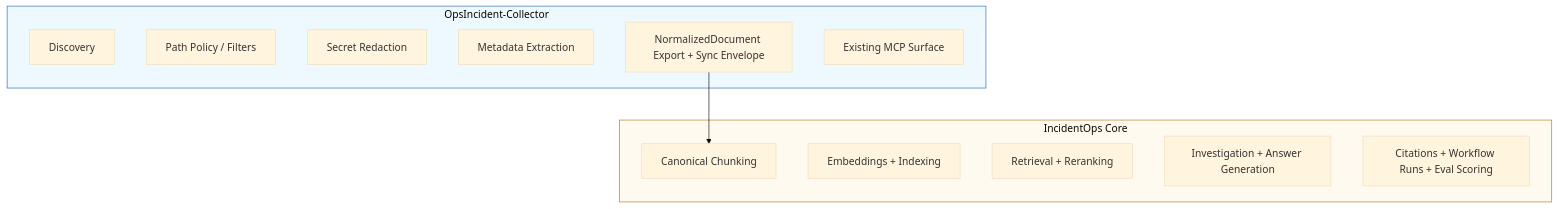
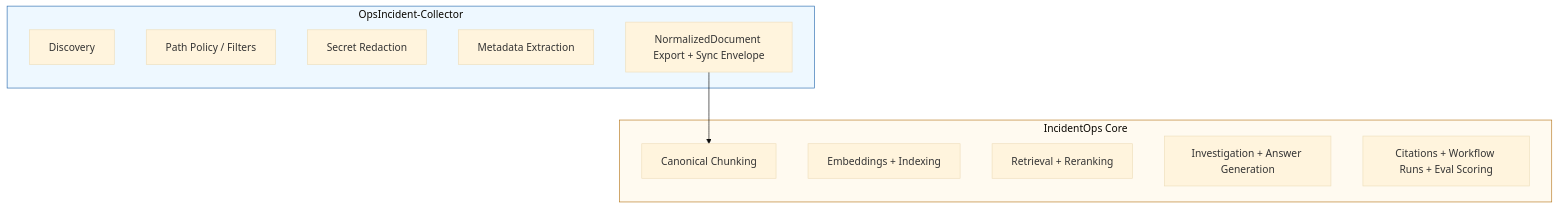
One commit to Auro-rium/Ops-Incident-Collector changed the second of 5 diagrams in docs/architecture.md. Above: the diagram before and after it, drawn with Mermaid (base theme). The commit also changed other lines of this file and 37 other files, not shown here.

````diff
--- a/docs/architecture.md
+++ b/docs/architecture.md
@@ -52,24 +51,23 @@
 ```mermaid
 flowchart TB
     subgraph Collector[OpsIncident-Collector]
       C1[Discovery]
       C2[Path Policy / Filters]
       C3[Secret Redaction]
       C4[Metadata Extraction]
       C5[NormalizedDocument Export + Sync Envelope]
-      C6[Existing MCP Surface]
     end
 
     subgraph Core[IncidentOps Core]
       K1[Canonical Chunking]
       K2[Embeddings + Indexing]
       K3[Retrieval + Reranking]
       K4[Investigation + Answer Generation]
       K5[Citations + Workflow Runs + Eval Scoring]
     end
 
     C5 --> K1
 
     style Collector fill:#eef8ff,stroke:#2b6cb0,stroke-width:1px
     style Core fill:#fffaf0,stroke:#b7791f,stroke-width:1px
 ```
````
